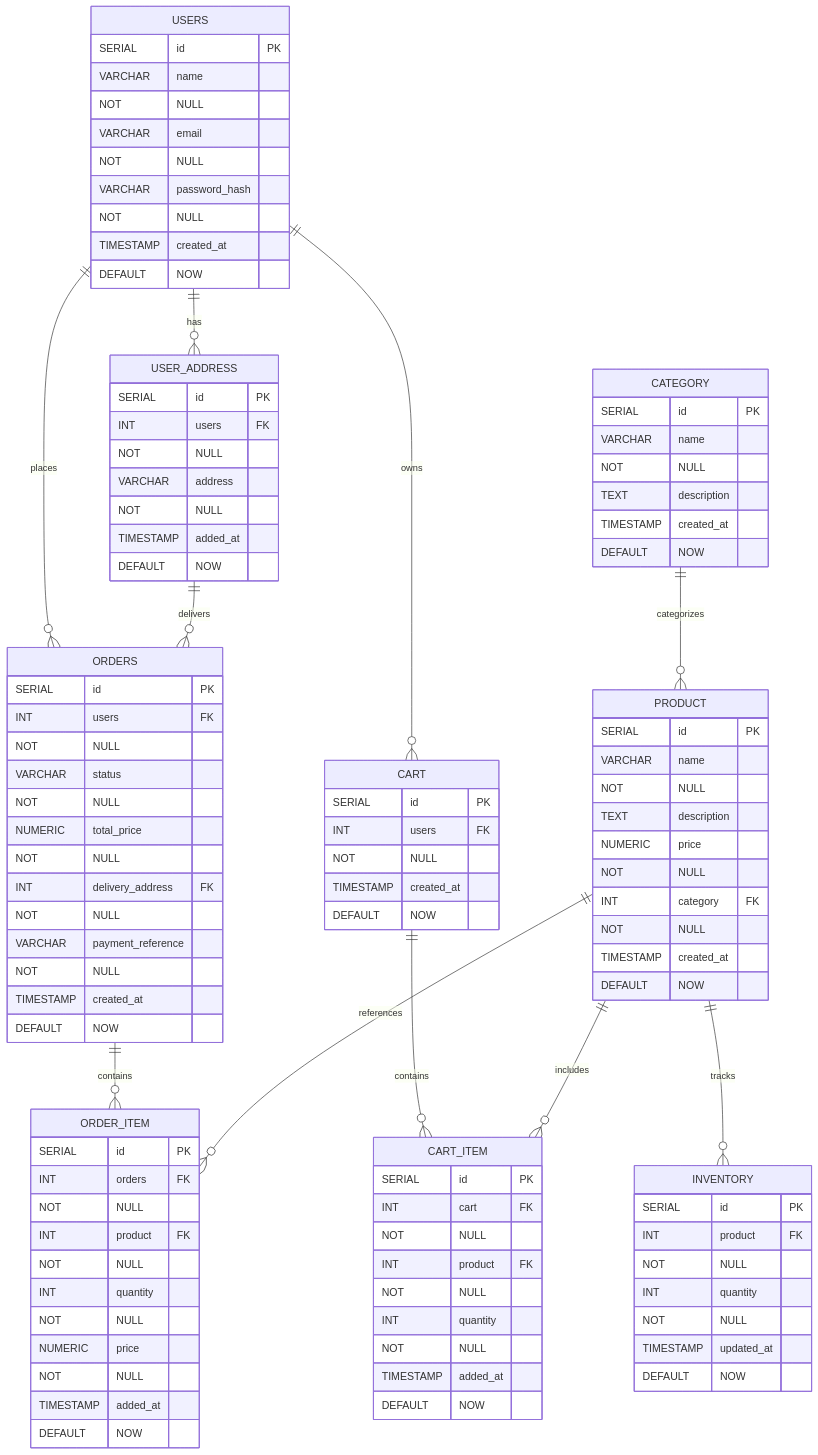
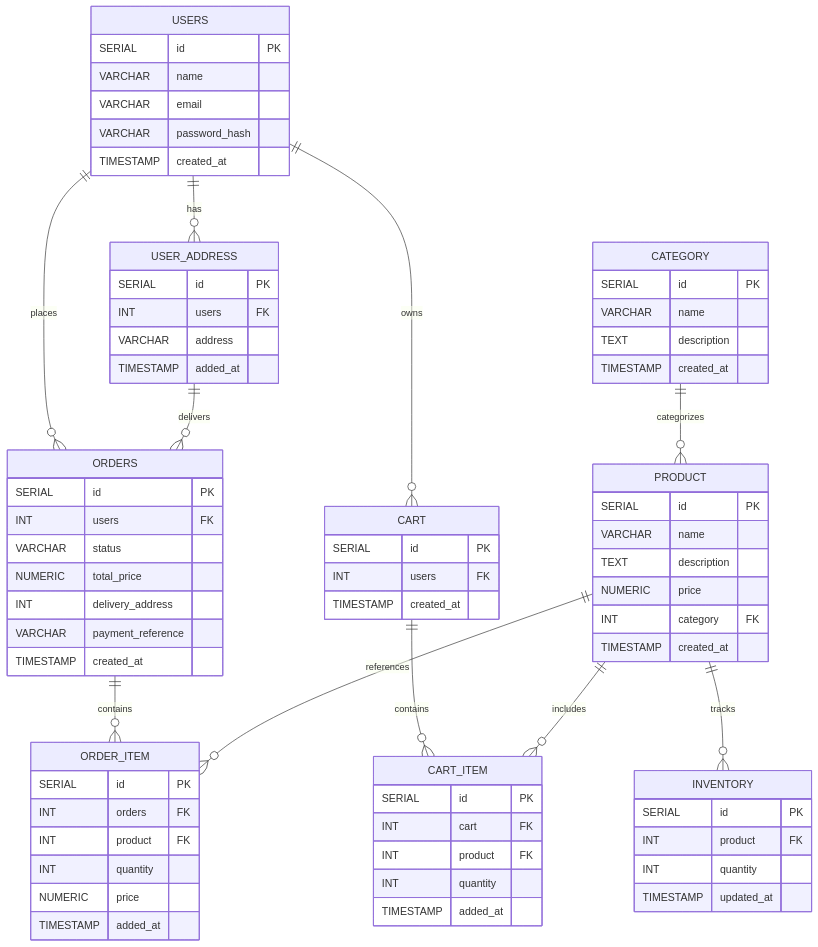
One commit to samitkumarpatel/e-commerce changed the diagram in README.md. Above: the diagram before and after it, drawn with Mermaid.

Commit message:
mermaid diagram fix

````diff
--- a/README.md
+++ b/README.md
@@ -12,75 +12,75 @@
         ORDERS ||--o{ ORDER_ITEM : "contains"
         PRODUCT ||--o{ ORDER_ITEM : "references"
         USER_ADDRESS ||--o{ ORDERS : "delivers"
-        
+    
         USERS {
             SERIAL id PK
-            VARCHAR name NOT NULL
-            VARCHAR email NOT NULL
-            VARCHAR password_hash NOT NULL
-            TIMESTAMP created_at DEFAULT NOW
+            VARCHAR name
+            VARCHAR email
+            VARCHAR password_hash
+            TIMESTAMP created_at
         }
     
-       USER_ADDRESS {
+        USER_ADDRESS {
             SERIAL id PK
-            INT users FK NOT NULL
-            VARCHAR address NOT NULL
-            TIMESTAMP added_at DEFAULT NOW
-       }
+            INT users FK
+            VARCHAR address
+            TIMESTAMP added_at
+        }
     
-       CATEGORY {
+        CATEGORY {
             SERIAL id PK
-            VARCHAR name NOT NULL
+            VARCHAR name
             TEXT description
-            TIMESTAMP created_at DEFAULT NOW
-       }
-        
-       PRODUCT {
+            TIMESTAMP created_at
+        }
+    
+        PRODUCT {
             SERIAL id PK
-            VARCHAR name NOT NULL
+            VARCHAR name
             TEXT description
-            NUMERIC price NOT NULL
-            INT category FK NOT NULL
-            TIMESTAMP created_at DEFAULT NOW
-       }
+            NUMERIC price
+            INT category FK
+            TIMESTAMP created_at
+        }
     
-       INVENTORY {
+        INVENTORY {
             SERIAL id PK
-            INT product FK NOT NULL
-            INT quantity NOT NULL
-            TIMESTAMP updated_at DEFAULT NOW
-       }
+            INT product FK
+            INT quantity
+            TIMESTAMP updated_at
+        }
     
-       CART {
+        CART {
             SERIAL id PK
-            INT users FK NOT NULL
-            TIMESTAMP created_at DEFAULT NOW
-       }
+            INT users FK
+            TIMESTAMP created_at
+        }
     
-       CART_ITEM {
+        CART_ITEM {
             SERIAL id PK
-            INT cart FK NOT NULL
-            INT product FK NOT NULL
-            INT quantity NOT NULL
-            TIMESTAMP added_at DEFAULT NOW
-       }
+            INT cart FK
+            INT product FK
+            INT quantity
+            TIMESTAMP added_at
+        }
     
-       ORDERS {
+        ORDERS {
             SERIAL id PK
-            INT users FK NOT NULL
-            VARCHAR status NOT NULL
-            NUMERIC total_price NOT NULL
-            INT delivery_address FK NOT NULL
-            VARCHAR payment_reference NOT NULL
-            TIMESTAMP created_at DEFAULT NOW
-       }
+            INT users FK
+            VARCHAR status
+            NUMERIC total_price
+            INT delivery_address
+            VARCHAR payment_reference
+            TIMESTAMP created_at
+        }
     
-       ORDER_ITEM {
+        ORDER_ITEM {
             SERIAL id PK
-            INT orders FK NOT NULL
-            INT product FK NOT NULL
-            INT quantity NOT NULL
-            NUMERIC price NOT NULL
-            TIMESTAMP added_at DEFAULT NOW
-       }
+            INT orders FK
+            INT product FK
+            INT quantity
+            NUMERIC price
+            TIMESTAMP added_at
+        }
 ```
````
